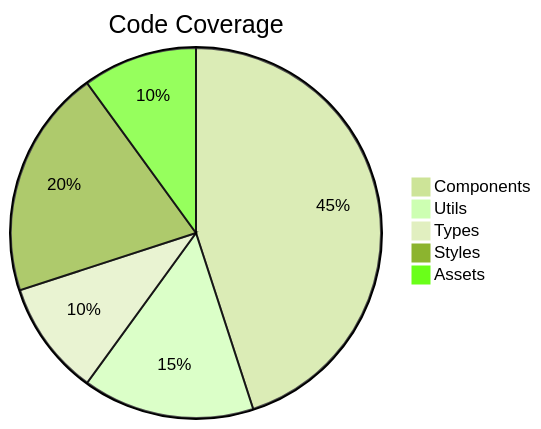
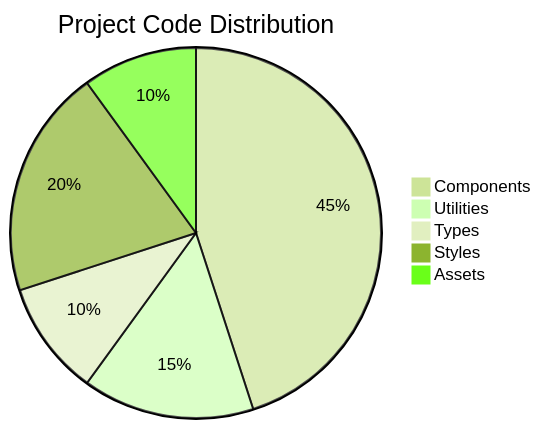
Before and after one commit to IdeaQru/IdeaQru: the second of 3 diagrams in README.md, drawn with Mermaid (forest theme). The commit also changed other lines of this file, not shown here.

````diff
--- a/README.md
+++ b/README.md
@@ -228,8 +460,8 @@
 ```mermaid
-pie title Code Coverage
+pie title Project Code Distribution
     "Components" : 45
-    "Utils" : 15
+    "Utilities" : 15
     "Types" : 10
     "Styles" : 20
     "Assets" : 10
 ```
````
